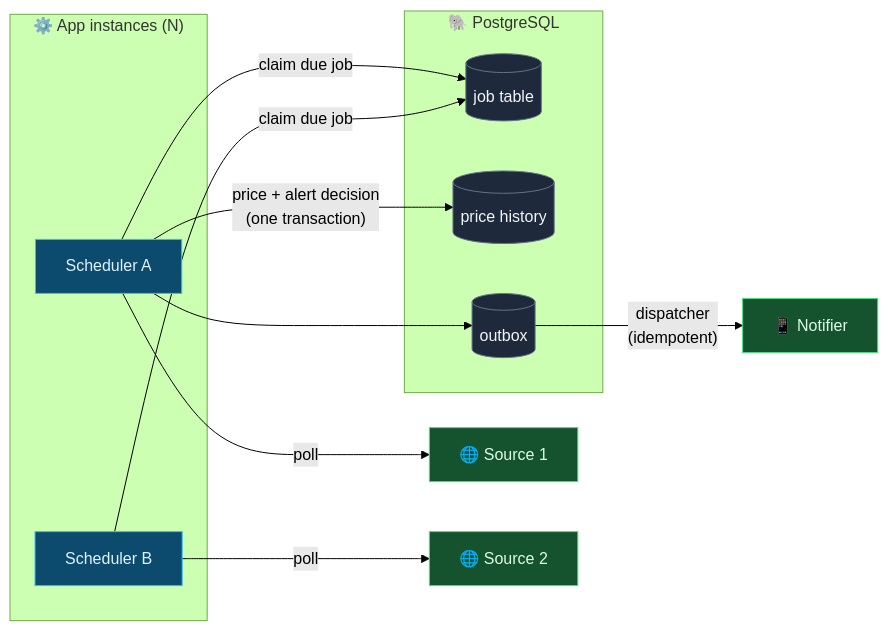
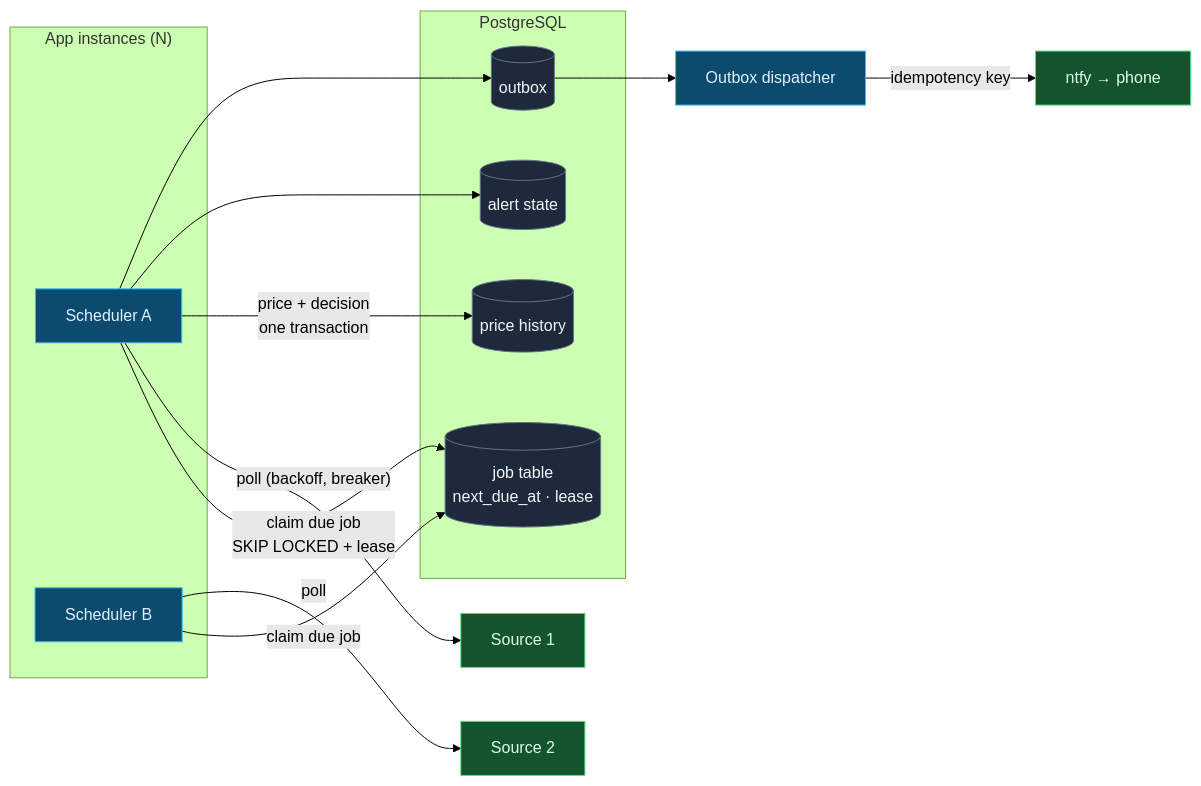
One commit to MC-161/priceWatch changed the first of 6 diagrams in README.md. Above: the diagram before and after it, drawn with Mermaid (forest theme). The commit also changed other lines of this file and 3 other files, not shown here.

````diff
--- a/README.md
+++ b/README.md
@@ -128,32 +171,36 @@
 ```mermaid
 flowchart LR
-    subgraph Instances["⚙️ App instances (N)"]
+    subgraph Instances["App instances (N)"]
         A1["Scheduler A"]
         A2["Scheduler B"]
     end
 
-    subgraph PG["🐘 PostgreSQL"]
-        J[("job table")]
+    subgraph PG["PostgreSQL"]
+        J[("job table<br/>next_due_at · lease")]
         P[("price history")]
+        AS[("alert state")]
         O[("outbox")]
     end
 
-    S1["🌐 Source 1"]
-    S2["🌐 Source 2"]
-    N["📱 Notifier"]
+    S1["Source 1"]
+    S2["Source 2"]
+    D["Outbox dispatcher"]
+    N["ntfy → phone"]
 
-    A1 -- "claim due job" --> J
+    A1 -- "claim due job<br/>SKIP LOCKED + lease" --> J
     A2 -- "claim due job" --> J
-    A1 -- poll --> S1
-    A2 -- poll --> S2
-    A1 -- "price + alert decision<br/>(one transaction)" --> P
+    A1 -- "poll (backoff, breaker)" --> S1
+    A2 -- "poll" --> S2
+    A1 -- "price + decision<br/>one transaction" --> P
+    A1 --> AS
     A1 --> O
-    O -- "dispatcher<br/>(idempotent)" --> N
+    O --> D
+    D -- "idempotency key" --> N
 
     classDef inst fill:#0c4a6e,stroke:#38bdf8,color:#e0f2fe
     classDef db fill:#1e293b,stroke:#64748b,color:#f1f5f9
     classDef ext fill:#14532d,stroke:#4ade80,color:#dcfce7
-    class A1,A2 inst
-    class J,P,O db
+    class A1,A2,D inst
+    class J,P,AS,O db
     class S1,S2,N ext
 ```
````
